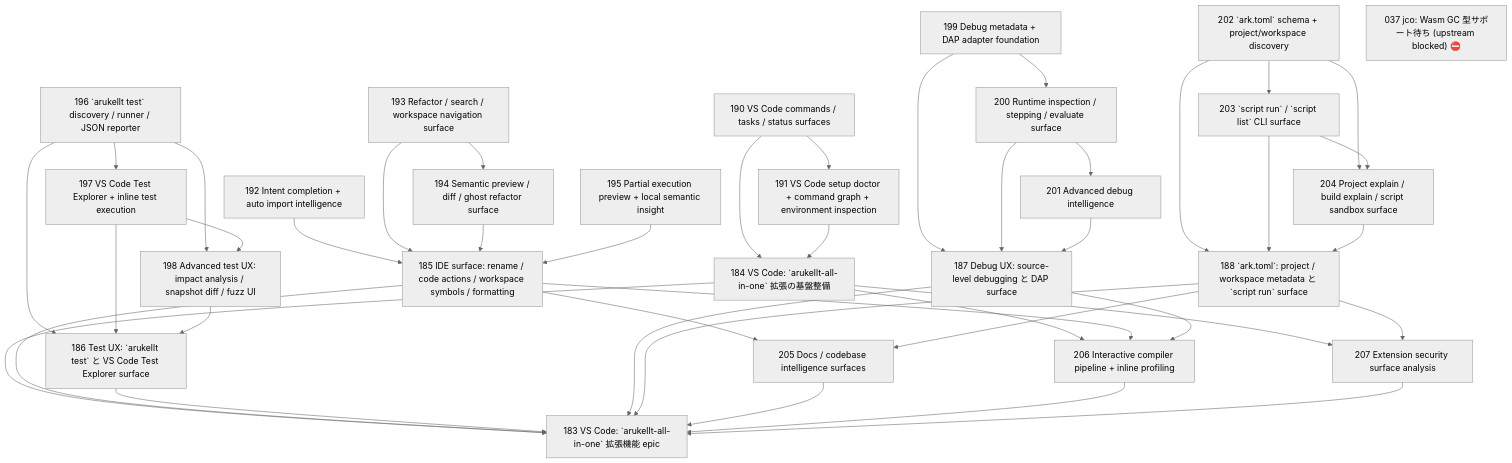
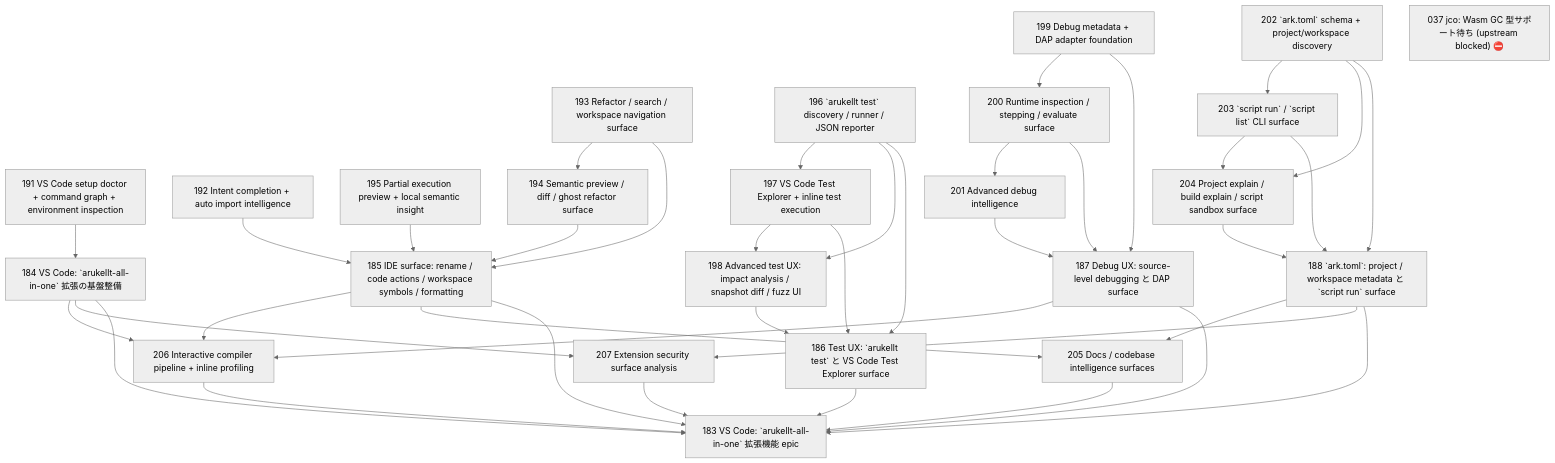
One commit to wogikaze/arukellt changed the diagram in issues/open/dependency-graph.md. Above: the diagram before and after it, drawn with Mermaid (neutral theme). The commit also changed other lines of this file and 6 other files, not shown here.

First line of the commit message:
feat(190): add VS Code command, task, and status surfaces

````diff
--- a/issues/open/dependency-graph.md
+++ b/issues/open/dependency-graph.md
@@ -7,68 +7,65 @@
 ```mermaid
 graph TD
-  I190["190 VS Code commands / tasks / status surfaces"]
+  I191["191 VS Code setup doctor + command graph + environment inspection"]
   I192["192 Intent completion + auto import intelligence"]
   I193["193 Refactor / search / workspace navigation surface"]
   I195["195 Partial execution preview + local semantic insight"]
   I196["196 `arukellt test` discovery / runner / JSON reporter"]
   I199["199 Debug metadata + DAP adapter foundation"]
   I202["202 `ark.toml` schema + project/workspace discovery"]
-  I191["191 VS Code setup doctor + command graph + environment inspection"]
+  I184["184 VS Code: `arukellt-all-in-one` 拡張の基盤整備"]
   I194["194 Semantic preview / diff / ghost refactor surface"]
   I197["197 VS Code Test Explorer + inline test execution"]
   I200["200 Runtime inspection / stepping / evaluate surface"]
   I203["203 `script run` / `script list` CLI surface"]
-  I184["184 VS Code: `arukellt-all-in-one` 拡張の基盤整備"]
   I185["185 IDE surface: rename / code actions / workspace symbols / formatting"]
   I198["198 Advanced test UX: impact analysis / snapshot diff / fuzz UI"]
   I201["201 Advanced debug intelligence"]
   I204["204 Project explain / build explain / script sandbox surface"]
   I186["186 Test UX: `arukellt test` と VS Code Test Explorer surface"]
   I187["187 Debug UX: source-level debugging と DAP surface"]
   I188["188 `ark.toml`: project / workspace metadata と `script run` surface"]
   I206["206 Interactive compiler pipeline + inline profiling"]
   I205["205 Docs / codebase intelligence surfaces"]
   I207["207 Extension security surface analysis"]
   I183["183 VS Code: `arukellt-all-in-one` 拡張機能 epic"]
   I037["037 jco: Wasm GC 型サポート待ち (upstream blocked) ⛔"]
-  I190 --> I191
+  I191 --> I184
   I193 --> I194
   I196 --> I197
   I199 --> I200
   I202 --> I203
-  I190 --> I184
-  I191 --> I184
   I192 --> I185
   I193 --> I185
   I194 --> I185
   I195 --> I185
   I196 --> I198
   I197 --> I198
   I200 --> I201
   I202 --> I204
   I203 --> I204
   I196 --> I186
   I197 --> I186
   I198 --> I186
   I199 --> I187
   I200 --> I187
   I201 --> I187
   I202 --> I188
   I203 --> I188
   I204 --> I188
   I184 --> I206
   I185 --> I206
   I187 --> I206
   I185 --> I205
   I188 --> I205
   I184 --> I207
   I188 --> I207
   I184 --> I183
   I185 --> I183
   I186 --> I183
   I187 --> I183
   I188 --> I183
   I205 --> I183
   I206 --> I183
   I207 --> I183
 ```
````
